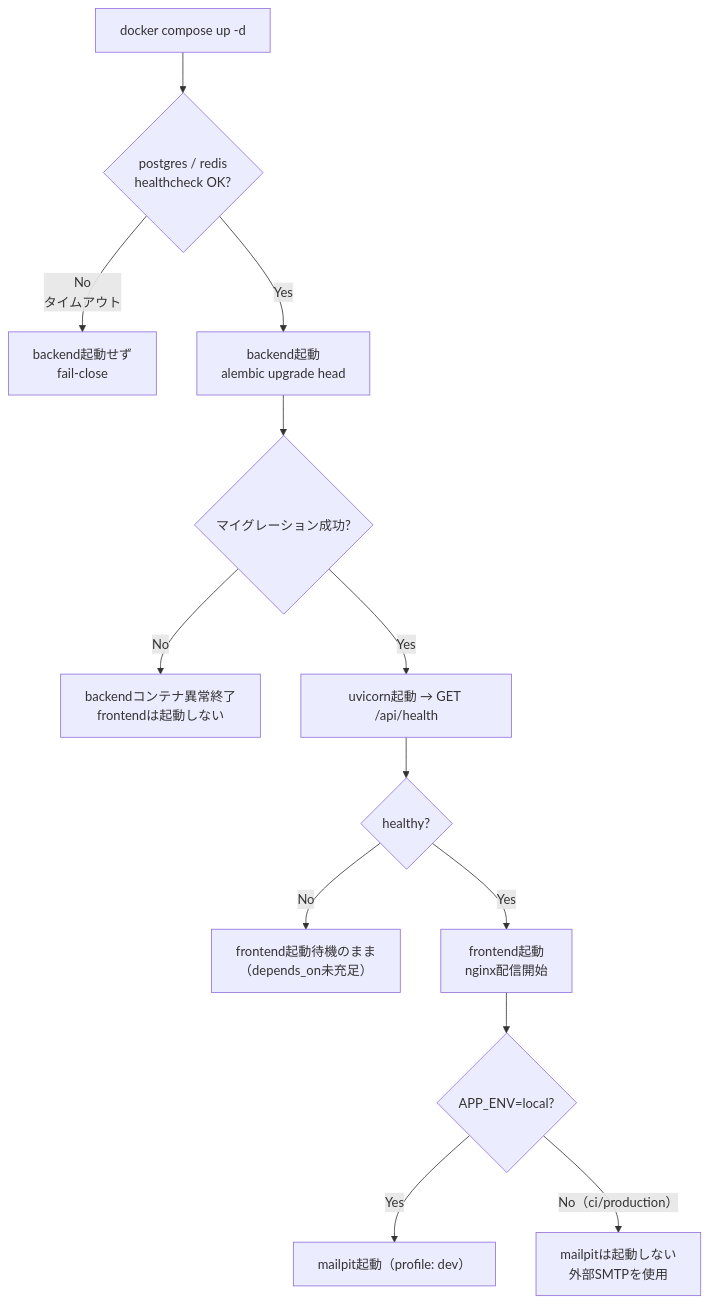
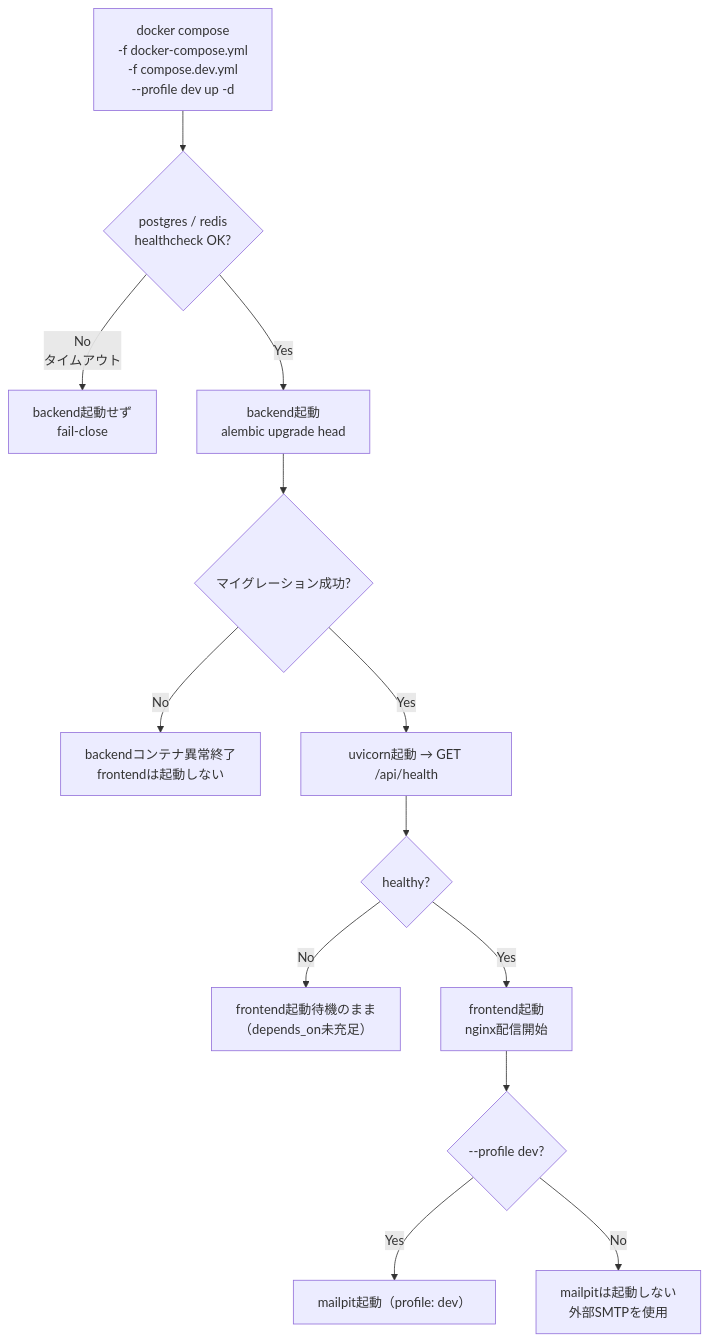
The third of 5 diagrams in docs/detailed_design/infra/01_docker_compose.md (oikawa-d/task_management), drawn with Mermaid before and after one commit. The commit also changed other lines of this file and 31 other files, not shown here.

````diff
--- a/docs/detailed_design/infra/01_docker_compose.md
+++ b/docs/detailed_design/infra/01_docker_compose.md
@@ -121,15 +121,15 @@
 ```mermaid
 flowchart TB
-    A["docker compose up -d"] --> B{"postgres / redis<br/>healthcheck OK?"}
+    A["docker compose<br/>-f docker-compose.yml<br/>-f compose.dev.yml<br/>--profile dev up -d"] --> B{"postgres / redis<br/>healthcheck OK?"}
     B -->|No<br/>タイムアウト| F1["backend起動せず<br/>fail-close"]
     B -->|Yes| C["backend起動<br/>alembic upgrade head"]
     C --> D{"マイグレーション成功?"}
     D -->|No| F2["backendコンテナ異常終了<br/>frontendは起動しない"]
     D -->|Yes| E["uvicorn起動 → GET /api/health"]
     E --> G{"healthy?"}
     G -->|No| F3["frontend起動待機のまま<br/>（depends_on未充足）"]
     G -->|Yes| H["frontend起動<br/>nginx配信開始"]
-    H --> I{"APP_ENV=local?"}
+    H --> I{"--profile dev?"}
     I -->|Yes| J["mailpit起動（profile: dev）"]
-    I -->|No（ci/production）| K["mailpitは起動しない<br/>外部SMTPを使用"]
+    I -->|No| K["mailpitは起動しない<br/>外部SMTPを使用"]
 ```
````
